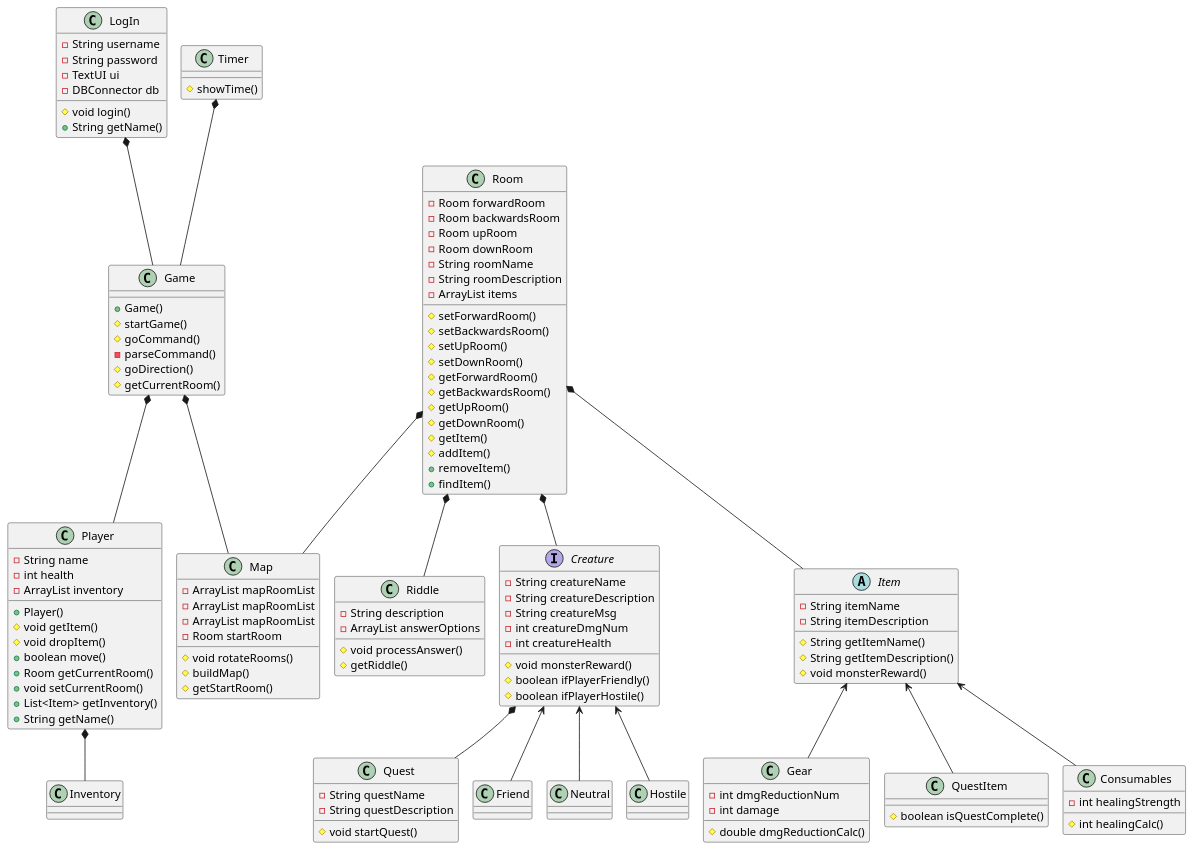
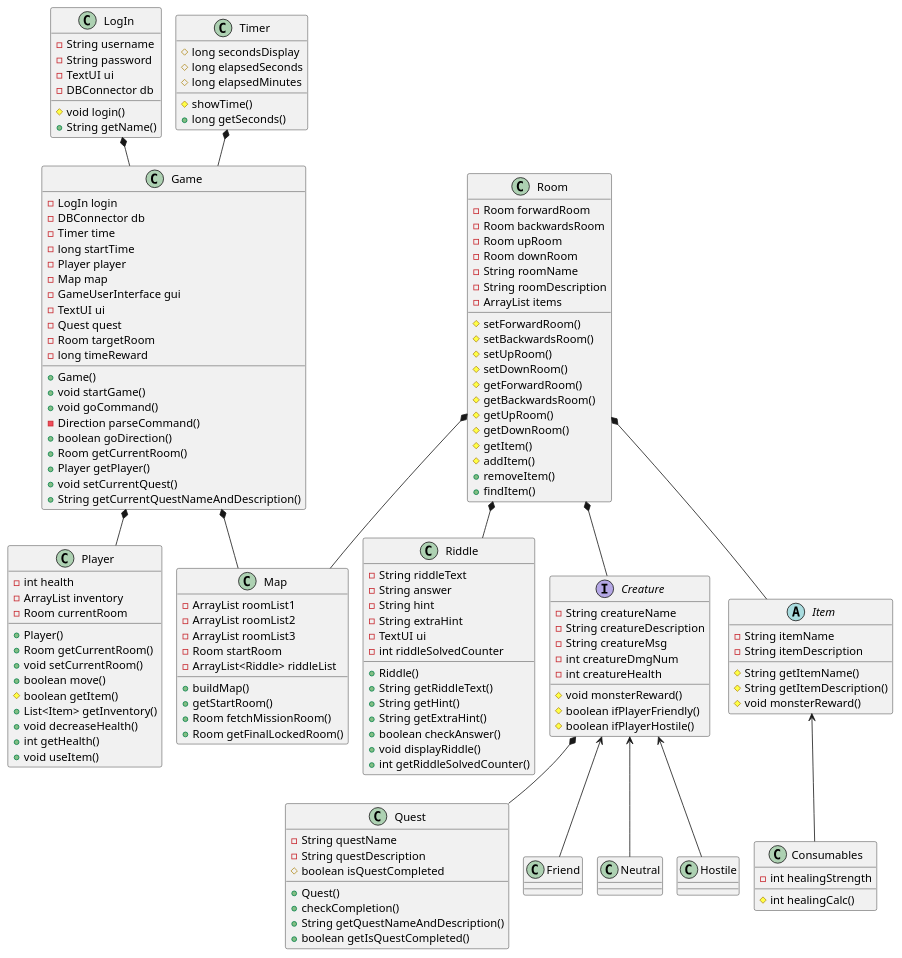
One commit to Linus-llm/SP4_LinusAndreasOlivia changed the diagram in StarCathedral/doc/KlasseDiagram.puml. Above: the diagram before and after it, drawn with PlantUML. The commit also changed 7 other files, not shown here.

Commit message:
read me file and klassediagram updated

```diff
--- a/StarCathedral/doc/KlasseDiagram.puml
+++ b/StarCathedral/doc/KlasseDiagram.puml
@@ -1,144 +1,167 @@
 @startuml
 !pragma layout smetana
 'https://plantuml.com/class-diagram
 
 class LogIn {
 - String username
 - String password
 - TextUI ui
 - DBConnector db
 # void login()
 + String getName()
 }
 class Riddle{
--String description
--ArrayList answerOptions
-#void processAnswer()
-#getRiddle()
+-String riddleText
+-String answer
+-String hint
+-String extraHint
+-TextUI ui
+-int riddleSolvedCounter
++Riddle()
++String getRiddleText()
++String getHint()
++String getExtraHint()
++boolean checkAnswer()
++void displayRiddle()
++int getRiddleSolvedCounter()
 }
 
 class Quest{
 -String questName
 -String questDescription
-#void startQuest()
+#boolean isQuestCompleted
++Quest()
++checkCompletion()
++String getQuestNameAndDescription()
++boolean getIsQuestCompleted()
 }
 
 class Timer{
+#long secondsDisplay
+#long elapsedSeconds
+#long elapsedMinutes
 #showTime()
++long getSeconds()
 }
 class Game{
+-LogIn login
+-DBConnector db
+-Timer time
+-long startTime
+-Player player
+-Map map
+-GameUserInterface gui
+-TextUI ui
+-Quest quest
+-Room targetRoom
+-long timeReward
 +Game()
-#startGame()
-#goCommand()
--parseCommand()
-#goDirection()
-#getCurrentRoom()
++void startGame()
++void goCommand()
+-Direction parseCommand()
++boolean goDirection()
++Room getCurrentRoom()
++Player getPlayer()
++void setCurrentQuest()
++String getCurrentQuestNameAndDescription()
+
 }
 class Player{
--String name
 -int health
 -ArrayList inventory
+-Room currentRoom
 +Player()
-#void getItem()
-#void dropItem()
-+boolean move()
 +Room getCurrentRoom()
 +void setCurrentRoom()
++boolean move()
+#boolean getItem()
 +List<Item> getInventory()
-+String getName()
-
++void decreaseHealth()
++int getHealth()
++void useItem()
 }
 
-
-class Inventory
 class Map {
--ArrayList mapRoomList
--ArrayList mapRoomList
--ArrayList mapRoomList
+-ArrayList roomList1
+-ArrayList roomList2
+-ArrayList roomList3
 -Room startRoom
-#void rotateRooms()
-#buildMap()
-#getStartRoom()
-
+-ArrayList<Riddle> riddleList
++buildMap()
++getStartRoom()
++Room fetchMissionRoom()
++Room getFinalLockedRoom()
 }
 class Room {
 -Room forwardRoom
 -Room backwardsRoom
 -Room upRoom
 -Room downRoom
 -String roomName
 -String roomDescription
 -ArrayList items
 #setForwardRoom()
 #setBackwardsRoom()
 #setUpRoom()
 #setDownRoom()
 #getForwardRoom()
 #getBackwardsRoom()
 #getUpRoom()
 #getDownRoom()
 #getItem()
 #addItem()
 +removeItem()
 +findItem()
 
 
 }
 interface Creature {
 -String creatureName
 -String creatureDescription
 -String creatureMsg
 -int creatureDmgNum
 -int creatureHealth
 #void monsterReward()
 #boolean ifPlayerFriendly()
 #boolean ifPlayerHostile()
 
 }
 class Friend {
 }
 class Neutral
 class Hostile
 abstract class Item{
 -String itemName
 -String itemDescription
 # String getItemName()
 #String getItemDescription()
 #void monsterReward()
 }
-class Gear {
-- int dmgReductionNum
-- int damage
-# double dmgReductionCalc()
-}
-class QuestItem {
-#boolean isQuestComplete()
-}
+
 class Consumables{
 -int healingStrength
 # int healingCalc()
 
 }
 
 
 Timer*--Game
 LogIn*--Game
 Game*--Player
-Player*--Inventory
+
 Game*--Map
 Room*--Map
 Room*--Item
 Room*--Creature
 Room*-- Riddle
 Creature<--Friend
 Creature<--Neutral
 Creature<--Hostile
 Creature *-- Quest
-Item<--Gear
 Item<--Consumables
-Item<--QuestItem
+
 
 
 
 
 @enduml
```
